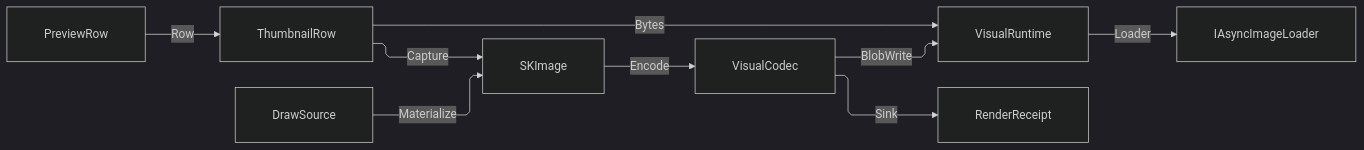
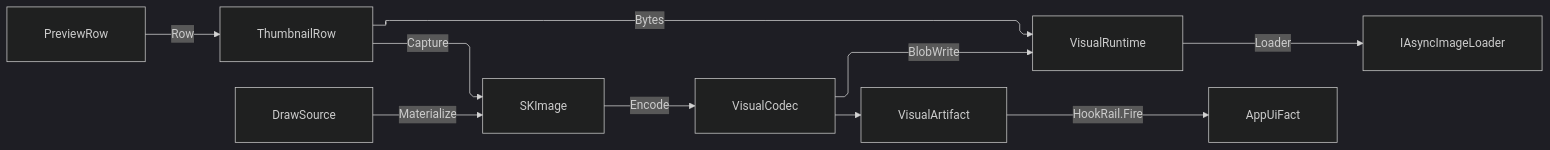
The diagram in libs/dotnet/Rasm.AppUi/.planning/Render/capture.md (bsamiee/Rasm), drawn with Mermaid (dark theme) before and after one commit. The commit also changed other lines of this file and 1417 other files, not shown here.

````diff
--- a/libs/dotnet/Rasm.AppUi/.planning/Render/capture.md
+++ b/libs/dotnet/Rasm.AppUi/.planning/Render/capture.md
@@ -496,20 +507,21 @@
 ```mermaid
 ---
 config:
   layout: elk
   flowchart:
     curve: linear
     padding: 25
 ---
 flowchart LR
     accTitle: Thumbnail capture flow
-    accDescr: Host capture or a preview row produces an image that encodes into a receipt and a durable blob the display cache reads.
+    accDescr: Host capture or a preview row produces an image that encodes into a content-keyed artifact and a durable blob the display cache reads.
     PreviewRow -->|Row| ThumbnailRow
     ThumbnailRow -->|Capture| SKImage
     DrawSource -->|Materialize| SKImage
     SKImage -->|Encode| VisualCodec
     VisualCodec -->|BlobWrite| VisualRuntime
-    VisualCodec -->|Sink| RenderReceipt
+    VisualCodec --> VisualArtifact
+    VisualArtifact -->|HookRail.Fire| AppUiFact
     ThumbnailRow -->|Bytes| VisualRuntime
     VisualRuntime -->|Loader| IAsyncImageLoader
 ```
````
